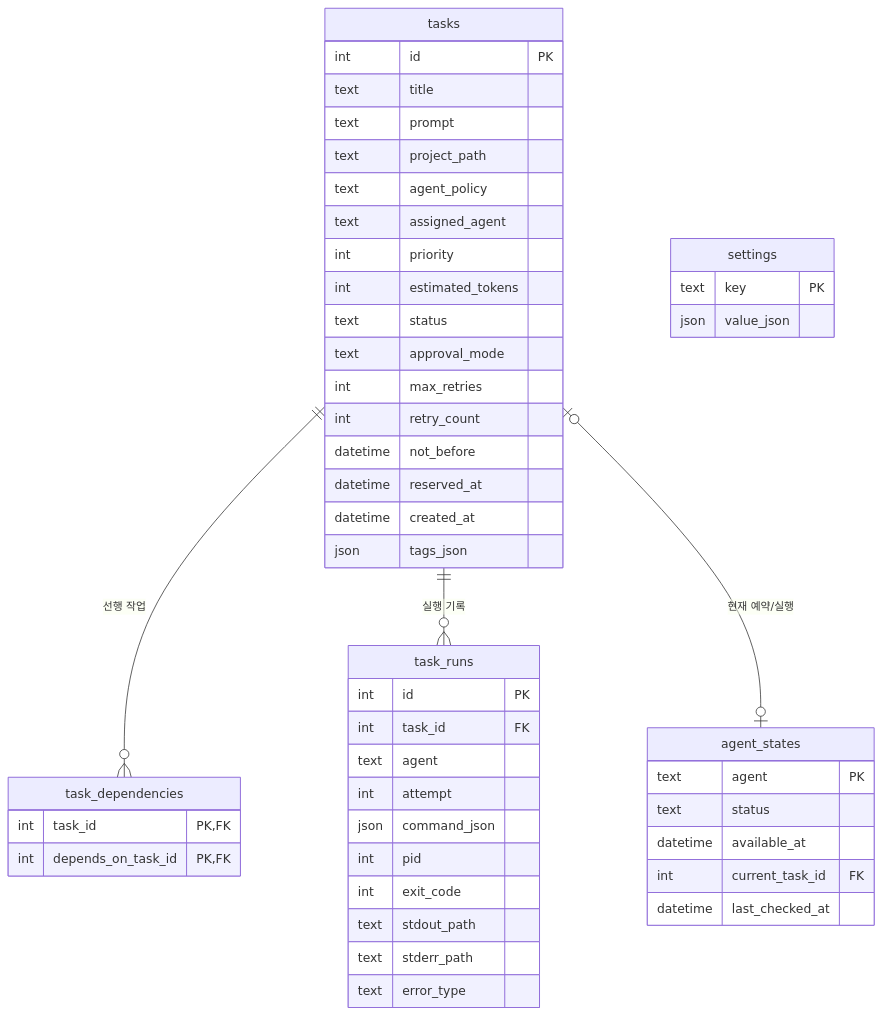
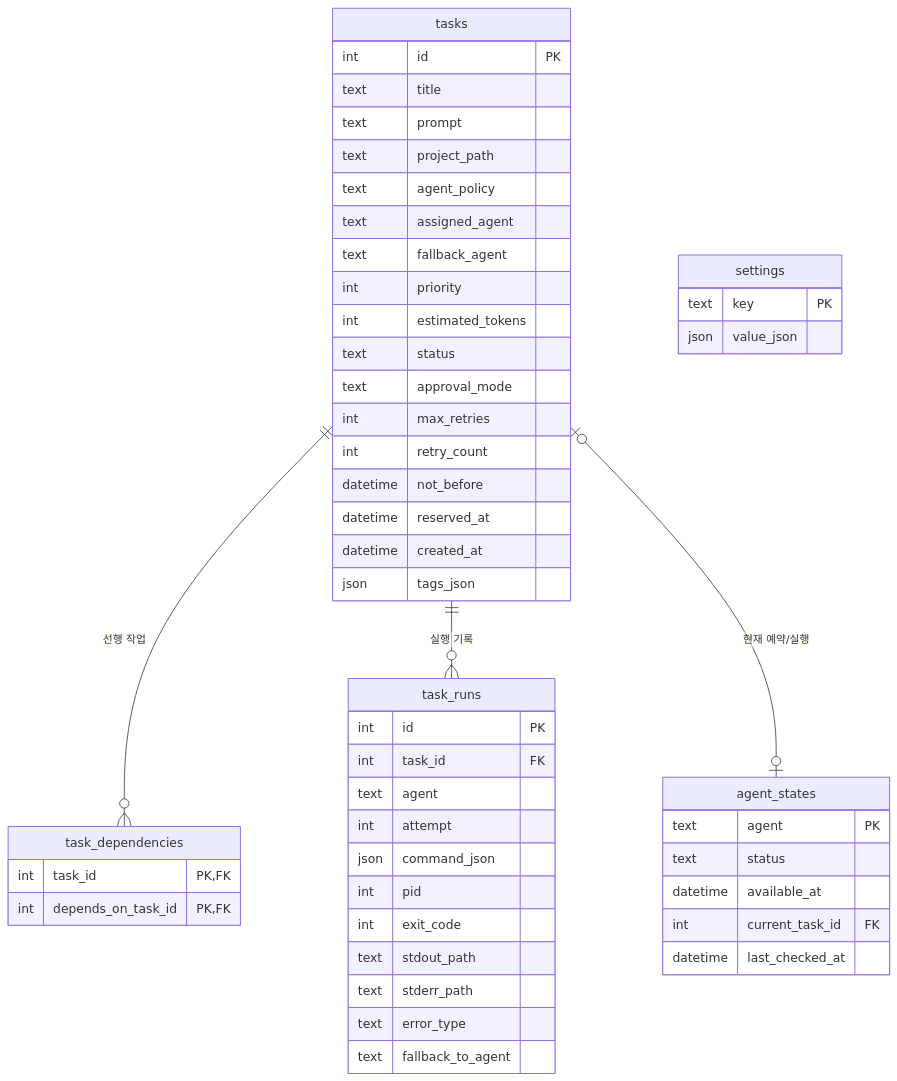
Before and after one commit to jasonwpgml/AQR: the second of 4 diagrams in ai-queue-runner/docs/ARCHITECTURE.md, drawn with Mermaid. The commit also changed other lines of this file and 24 other files, not shown here.

First line of the commit message:
feat: auto fallback of failed ANY tasks to the other agent (T029)

````diff
--- a/ai-queue-runner/docs/ARCHITECTURE.md
+++ b/ai-queue-runner/docs/ARCHITECTURE.md
@@ -64,52 +64,54 @@
 ```mermaid
 erDiagram
     tasks {
         int id PK
         text title
         text prompt
         text project_path
         text agent_policy
         text assigned_agent
+        text fallback_agent
         int priority
         int estimated_tokens
         text status
         text approval_mode
         int max_retries
         int retry_count
         datetime not_before
         datetime reserved_at
         datetime created_at
         json tags_json
     }
     task_dependencies {
         int task_id PK,FK
         int depends_on_task_id PK,FK
     }
     agent_states {
         text agent PK
         text status
         datetime available_at
         int current_task_id FK
         datetime last_checked_at
     }
     task_runs {
         int id PK
         int task_id FK
         text agent
         int attempt
         json command_json
         int pid
         int exit_code
         text stdout_path
         text stderr_path
         text error_type
+        text fallback_to_agent
     }
     settings {
         text key PK
         json value_json
     }
 
     tasks ||--o{ task_dependencies : "선행 작업"
     tasks ||--o{ task_runs : "실행 기록"
     tasks |o--o| agent_states : "현재 예약/실행"
 ```
````
